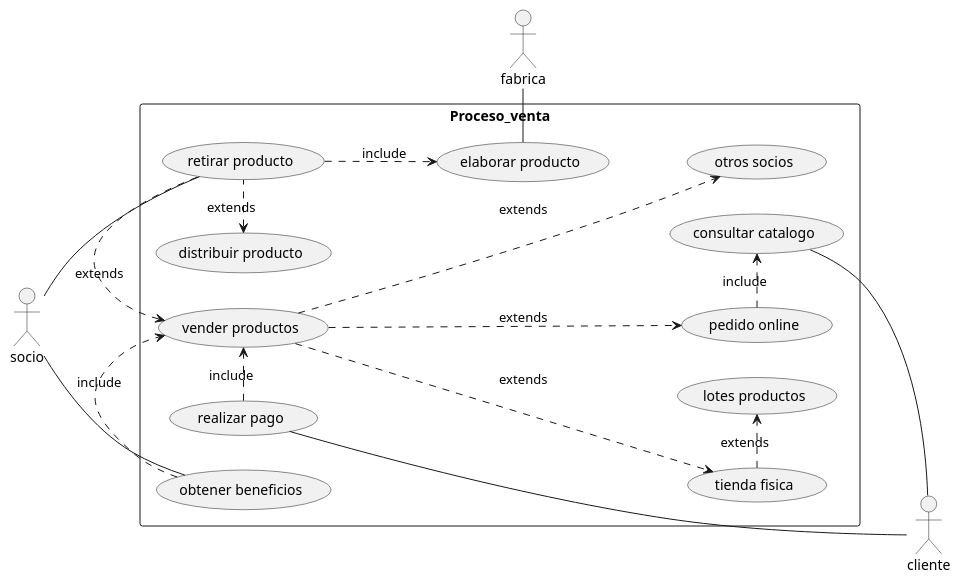
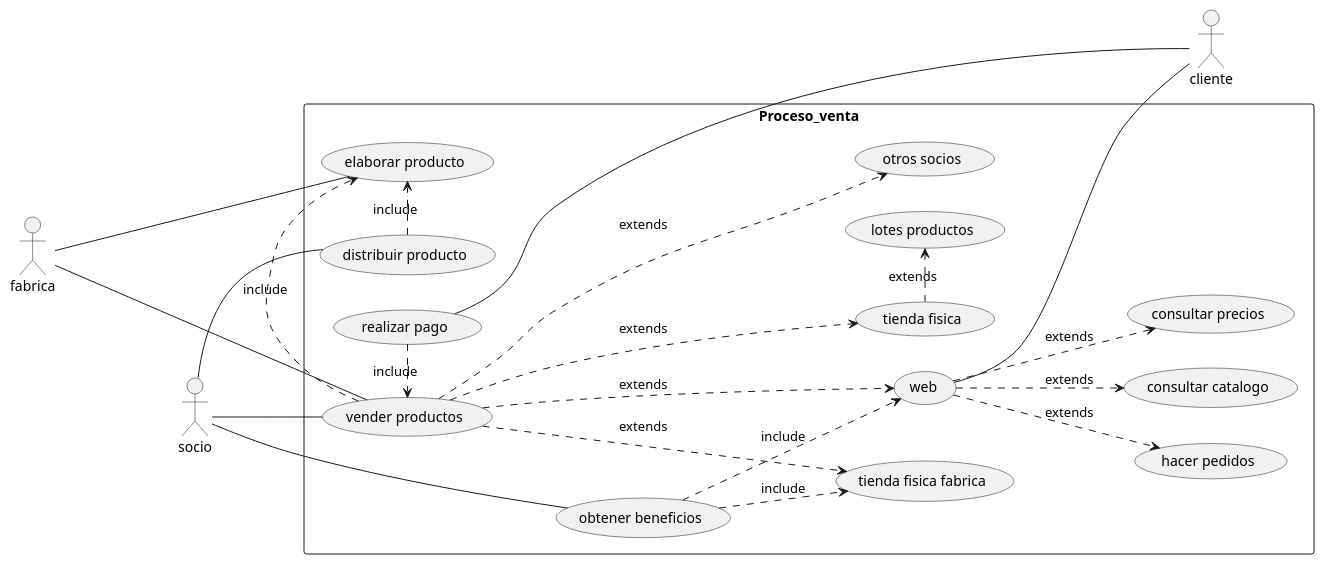
Before and after one commit to eliadotor/PCV06-10: the diagram in usecase/ejercicio1.puml, drawn with PlantUML.

Commit message:
Caso de uso fabrica de embutidos actualizado

```diff
--- a/usecase/ejercicio1.puml
+++ b/usecase/ejercicio1.puml
@@ -1,24 +1,29 @@
 @startuml
 left to right direction
 skinparam packageStyle rectangle
 actor socio
 actor cliente
 actor fabrica
 rectangle Proceso_venta {
-  (elaborar producto) -right- fabrica
-  (retirar producto) ..> (elaborar producto) : include
-  (distribuir producto) <. (retirar producto) : extends
-  (vender productos) <. (retirar producto) : extends
-  (vender productos) ...> (pedido online): extends
+  (vender productos)  --up-- fabrica
+  (elaborar producto) --up-- fabrica
+  (vender productos) .> (elaborar producto) : include
+  (distribuir producto) .> (elaborar producto) : include
+  (vender productos) ...> (tienda fisica fabrica) : extends
+  (vender productos) ...> (web): extends
   (vender productos) ...> (tienda fisica) : extends
   (vender productos) ...> (otros socios) : extends
   (tienda fisica) .> (lotes productos) : extends
-  (pedido online) .> (consultar catalogo) : include
   (realizar pago) .> (vender productos) : include
-  socio -- (retirar producto)
+  socio -down- (vender productos)
+  socio -- (distribuir producto)
   socio -- (obtener beneficios)
-  (obtener beneficios) .> (vender productos) : include
-  (consultar catalogo) -- cliente
-  (realizar pago) - cliente
+  (obtener beneficios) ..> (tienda fisica fabrica) : include
+  (obtener beneficios) ..> (web) : include
+  (web) -- cliente
+  (web) ..> (consultar catalogo) : extends
+  (web) ..> (consultar precios) : extends
+  (web) ..> (hacer pedidos) : extends
+  (realizar pago) -- cliente
 }
 @enduml
```
